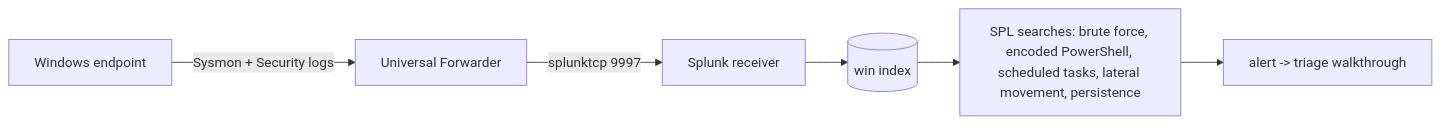
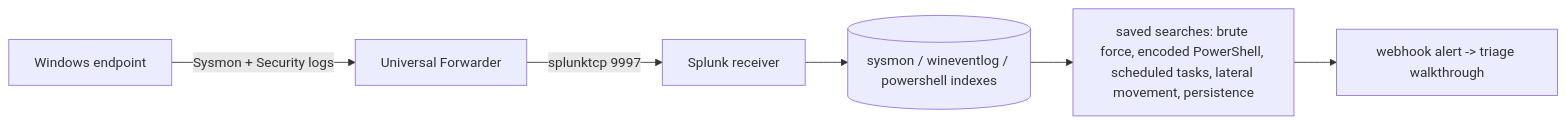
The diagram in README.md (boluwajioadepojuw/SplunkHarbor), drawn with Mermaid before and after one commit. The commit also changed other lines of this file and 14 other files, not shown here.

First line of the commit message:
Fix index routing, sourcetypes, compose mount; ship saved searches and CI

````diff
--- a/README.md
+++ b/README.md
@@ -73,8 +105,8 @@
 ```mermaid
 flowchart LR
     A[Windows endpoint] -->|Sysmon + Security logs| B[Universal Forwarder]
     B -->|splunktcp 9997| C[Splunk receiver]
-    C --> D[(win index)]
-    D --> E[SPL searches: brute force, encoded PowerShell, scheduled tasks, lateral movement, persistence]
-    E --> F[alert -> triage walkthrough]
+    C --> D[(sysmon / wineventlog / powershell indexes)]
+    D --> E[saved searches: brute force, encoded PowerShell, scheduled tasks, lateral movement, persistence]
+    E --> F[webhook alert -> triage walkthrough]
 ```
````
